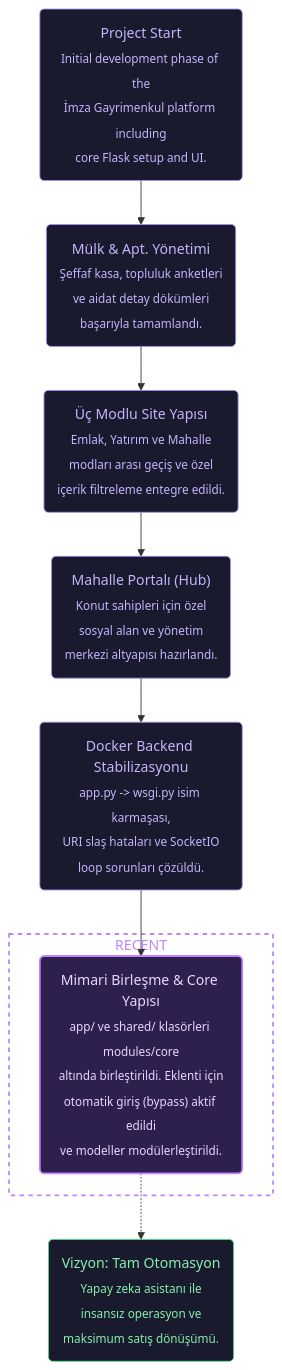
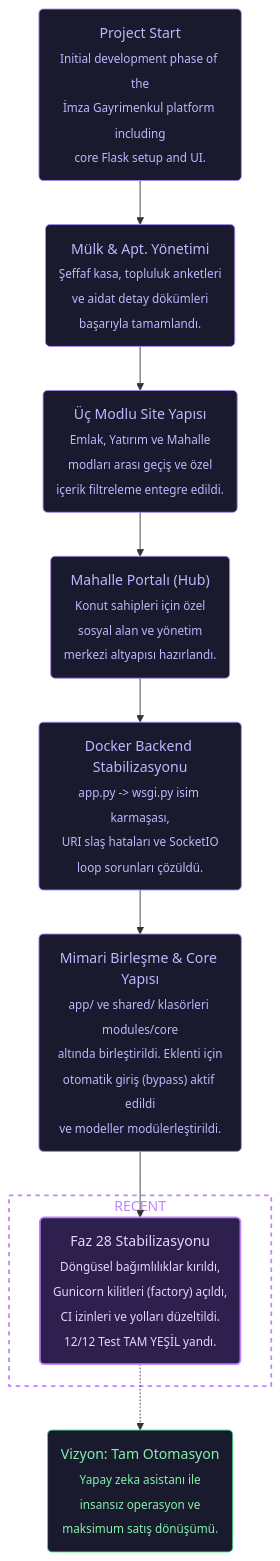
One commit to ramosis/imzagyo changed the diagram in vizvibe.mmd. Above: the diagram before and after it, drawn with Mermaid. The commit also changed 12 other files, not shown here.

Commit message:
Faz 28: ZAFER - Kurumsal Kimlik Restorasyonu ve CI Stabilizasyonu Tamamlandı. - Tüm imzagayrimenkul.com referansları imzaemlak.com ile değiştirildi. - Mail servisi, eklenti, sunucu konfigürasyonları ve veri katmanı güncellendi. - CI/CD üzerindeki 12/12 yeşil durum korundu.

```diff
--- a/vizvibe.mmd
+++ b/vizvibe.mmd
@@ -1,59 +1,64 @@
 flowchart TD
     %% === PROJECT GOALS ===
     %% Ultimate Goal: Türkiye'nin en teknolojik ve şeffaf gayrimenkul yönetim platformu olmak.
     %% Current Goal: Faz 28: Mimari Sadeleşme & Klasör Konsolidasyonu tamamlandı.
 
     %% === START ===
     %% @project_start [start, closed, 2026-01-09, user]
     project_start("Project Start<br/><sub>Initial development phase of the<br/>İmza Gayrimenkul platform including<br/>core Flask setup and UI.</sub>")
 
     %% === COMPLETED WORK ===
     %% @feature_apt_mgmt [ai-task, closed, 2026-03-23, user]
     feature_apt_mgmt("Mülk & Apt. Yönetimi<br/><sub>Şeffaf kasa, topluluk anketleri<br/>ve aidat detay dökümleri<br/>başarıyla tamamlandı.</sub>")
 
     %% @feature_three_mode_site [ai-task, closed, 2026-03-30, user]
     feature_three_mode_site("Üç Modlu Site Yapısı<br/><sub>Emlak, Yatırım ve Mahalle<br/>modları arası geçiş ve özel<br/>içerik filtreleme entegre edildi.</sub>")
     
     %% @feature_neighborhood_hub [ai-task, closed, 2026-03-30, user]
     feature_neighborhood_hub("Mahalle Portalı (Hub)<br/><sub>Konut sahipleri için özel<br/>sosyal alan ve yönetim<br/>merkezi altyapısı hazırlandı.</sub>")
 
     %% @feature_phase25_docker_stabilization [ai-task, closed, 2026-04-02, antigravity]
     feature_phase25_docker_stabilization("Docker Backend Stabilizasyonu<br/><sub>app.py -> wsgi.py isim karmaşası,<br/>URI slaş hataları ve SocketIO<br/>loop sorunları çözüldü.</sub>")
 
     %% @feature_phase28_unification [ai-task, closed, 2026-04-02, antigravity]
     feature_phase28_unification("Mimari Birleşme & Core Yapısı<br/><sub>app/ ve shared/ klasörleri modules/core<br/>altında birleştirildi. Eklenti için<br/>otomatik giriş (bypass) aktif edildi<br/>ve modeller modülerleştirildi.</sub>")
 
+    %% @feature_phase28_stabilization [ai-task, closed, 2026-04-02, antigravity]
+    feature_phase28_stabilization("Faz 28 Stabilizasyonu<br/><sub>Döngüsel bağımlılıklar kırıldı,<br/>Gunicorn kilitleri (factory) açıldı,<br/>CI izinleri ve yolları düzeltildi.<br/>12/12 Test TAM YEŞİL yandı.</sub>")
+
     %% === FUTURE WORK ===
     %% @ultimate_goal [end, opened, 2026-06-01, user]
     ultimate_goal("Vizyon: Tam Otomasyon<br/><sub>Yapay zeka asistanı ile<br/>insansız operasyon ve<br/>maksimum satış dönüşümü.</sub>")
 
     %% === RECENT ===
     subgraph recent [RECENT]
-        feature_phase28_unification
+        feature_phase28_stabilization
     end
 
     %% === EDGES ===
     project_start --> feature_apt_mgmt
     feature_apt_mgmt --> feature_three_mode_site
     feature_three_mode_site --> feature_neighborhood_hub
     feature_neighborhood_hub --> feature_phase25_docker_stabilization
     feature_phase25_docker_stabilization --> feature_phase28_unification
-    feature_phase28_unification -.-> ultimate_goal
+    feature_phase28_unification --> feature_phase28_stabilization
+    feature_phase28_stabilization -.-> ultimate_goal
 
     %% === STYLES ===
     %% Closed tasks
     style project_start fill:#1a1a2e,stroke:#a78bfa,color:#c4b5fd,stroke-width:1px
     style feature_apt_mgmt fill:#1a1a2e,stroke:#a78bfa,color:#c4b5fd,stroke-width:1px
     style feature_three_mode_site fill:#1a1a2e,stroke:#a78bfa,color:#c4b5fd,stroke-width:1px
     style feature_neighborhood_hub fill:#1a1a2e,stroke:#a78bfa,color:#c4b5fd,stroke-width:1px
     style feature_phase25_docker_stabilization fill:#1a1a2e,stroke:#a78bfa,color:#c4b5fd,stroke-width:1px
     style feature_phase28_unification fill:#1a1a2e,stroke:#a78bfa,color:#c4b5fd,stroke-width:1px
+    style feature_phase28_stabilization fill:#1a1a2e,stroke:#a78bfa,color:#c4b5fd,stroke-width:1px
 
     %% Recent node
-    style feature_phase28_unification fill:#2d1f4e,stroke:#c084fc,color:#e9d5ff,stroke-width:2px
+    style feature_phase28_stabilization fill:#2d1f4e,stroke:#c084fc,color:#e9d5ff,stroke-width:2px
 
     %% Recent subgraph
     style recent fill:transparent,stroke:#c084fc,color:#c084fc,stroke-width:2px,stroke-dasharray:5 5
 
     %% Open tasks
     style ultimate_goal fill:#1a1a2e,stroke:#4ade80,color:#86efac,stroke-width:1px
```
